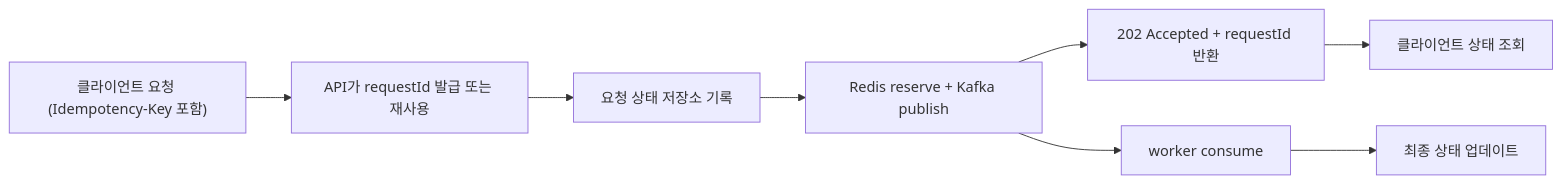
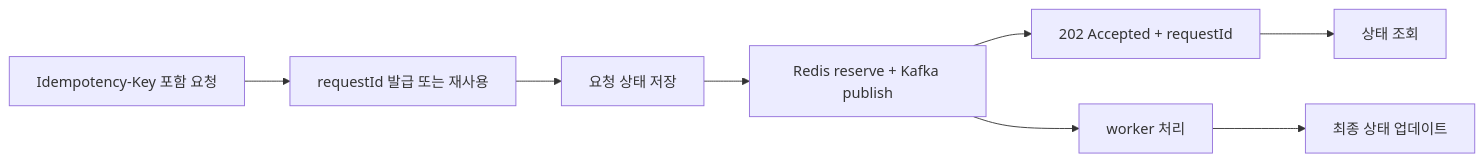
One commit to char-yb/ybchar.dev changed the third of 3 diagrams in content/tech-blog/20260421_coupon_system_k6_load_test.mdx. Above: the diagram before and after it, drawn with Mermaid. The commit also changed other lines of this file, not shown here.

````diff
--- a/content/tech-blog/20260421_coupon_system_k6_load_test.mdx
+++ b/content/tech-blog/20260421_coupon_system_k6_load_test.mdx
@@ -525,10 +233,10 @@
 ```mermaid
 flowchart LR
-    A["클라이언트 요청 (Idempotency-Key 포함)"] --> B["API가 requestId 발급 또는 재사용"]
-    B --> C["요청 상태 저장소 기록"]
+    A["Idempotency-Key 포함 요청"] --> B["requestId 발급 또는 재사용"]
+    B --> C["요청 상태 저장"]
     C --> D["Redis reserve + Kafka publish"]
-    D --> E["202 Accepted + requestId 반환"]
-    E --> F["클라이언트 상태 조회"]
-    D --> G["worker consume"]
+    D --> E["202 Accepted + requestId"]
+    E --> F["상태 조회"]
+    D --> G["worker 처리"]
     G --> H["최종 상태 업데이트"]
 ```
````
